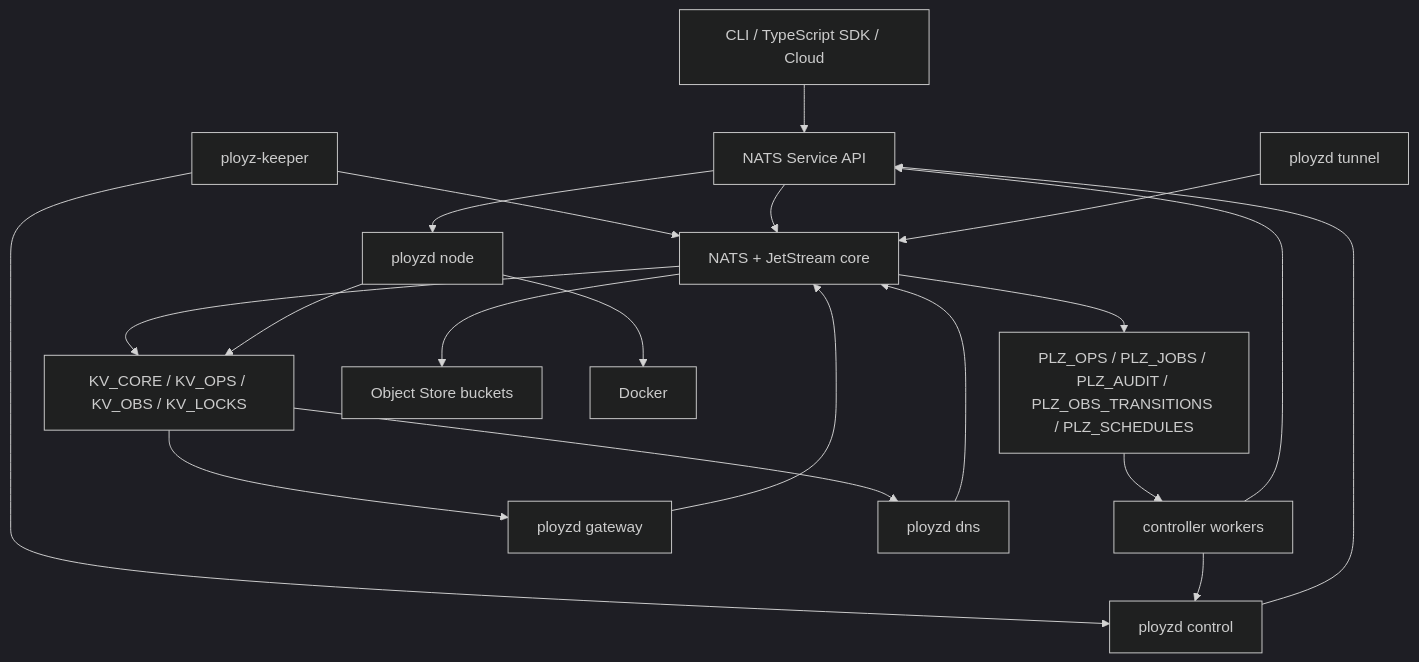
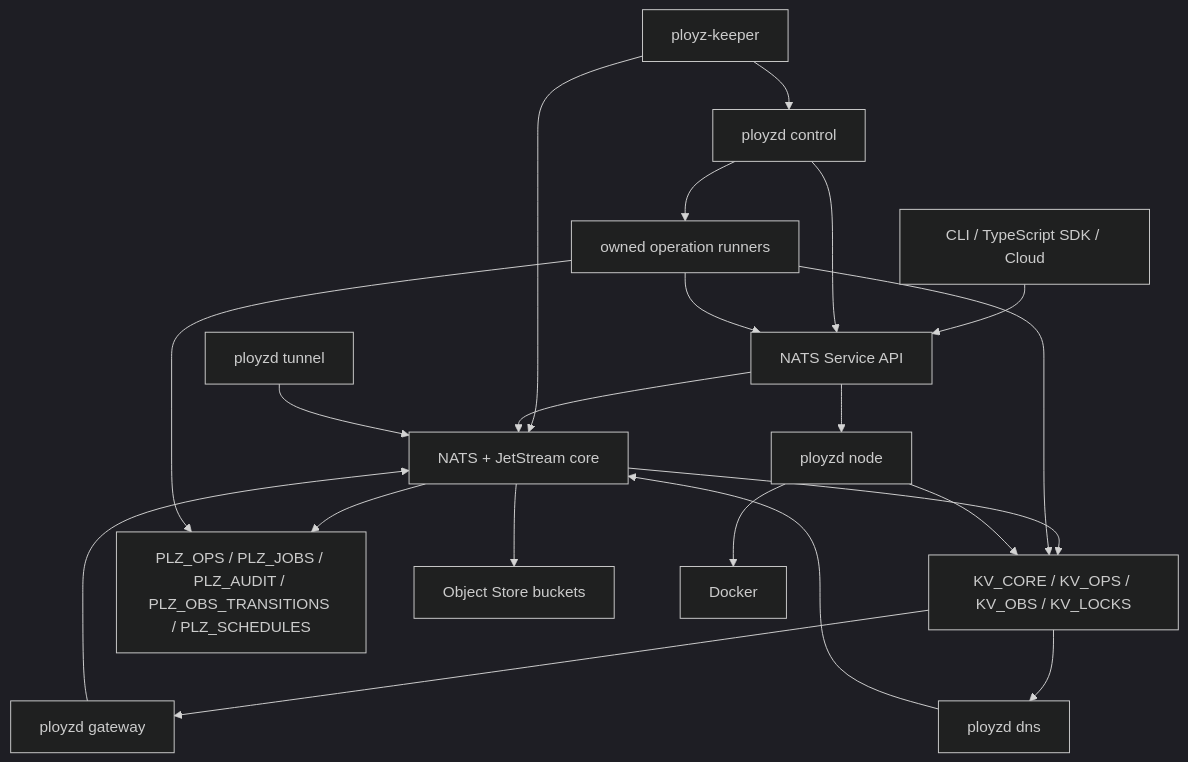
The first of 2 diagrams in docs/plans/2026-06-04-001-refactor-nats-greenfield-control-plane-plan.md (getployz/ployz), drawn with Mermaid (dark theme) before and after one commit. The commit also changed other lines of this file and 5 other files, not shown here.

Commit message:
feat: pivot operations toward owned runners

````diff
--- a/docs/plans/2026-06-04-001-refactor-nats-greenfield-control-plane-plan.md
+++ b/docs/plans/2026-06-04-001-refactor-nats-greenfield-control-plane-plan.md
@@ -417,37 +433,38 @@
 ```mermaid
 flowchart TB
   CLI["CLI / TypeScript SDK / Cloud"]
   Keeper["ployz-keeper"]
   PloyzdControl["ployzd control"]
   NATS["NATS + JetStream core"]
   Services["NATS Service API"]
   KV["KV_CORE / KV_OPS / KV_OBS / KV_LOCKS"]
   Streams["PLZ_OPS / PLZ_JOBS / PLZ_AUDIT / PLZ_OBS_TRANSITIONS / PLZ_SCHEDULES"]
   Objects["Object Store buckets"]
-  Controllers["controller workers"]
+  OwnedOps["owned operation runners"]
   Agents["ployzd node"]
   Docker["Docker"]
   Gateway["ployzd gateway"]
   DNS["ployzd dns"]
   Tunnel["ployzd tunnel"]
 
   CLI --> Services
   Keeper --> NATS
   Keeper --> PloyzdControl
   PloyzdControl --> Services
   Services --> NATS
   NATS --> KV
   NATS --> Streams
   NATS --> Objects
-  Streams --> Controllers
-  Controllers --> PloyzdControl
-  Controllers --> Services
+  PloyzdControl --> OwnedOps
+  OwnedOps --> KV
+  OwnedOps --> Streams
+  OwnedOps --> Services
   Services --> Agents
   Agents --> Docker
   Agents --> KV
   Gateway --> NATS
   DNS --> NATS
   Tunnel --> NATS
   KV --> Gateway
   KV --> DNS
 ```
````
